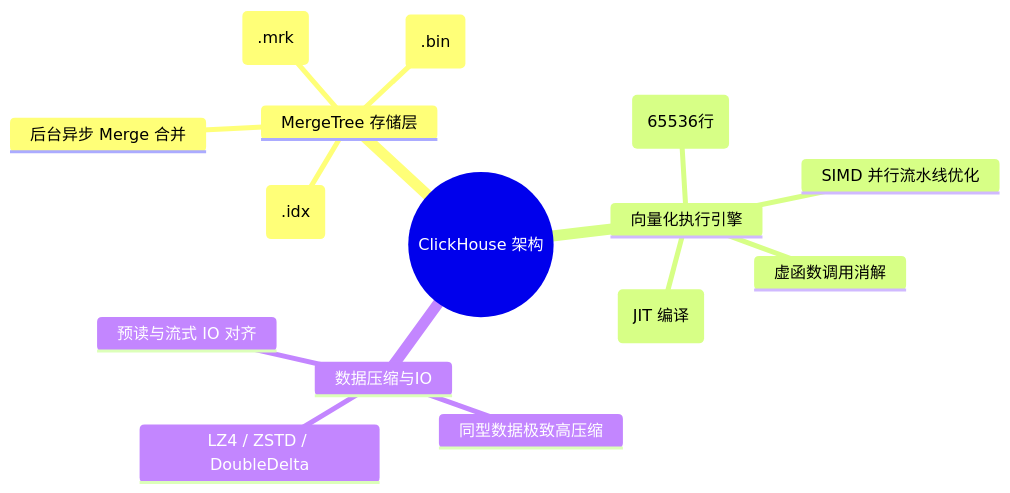
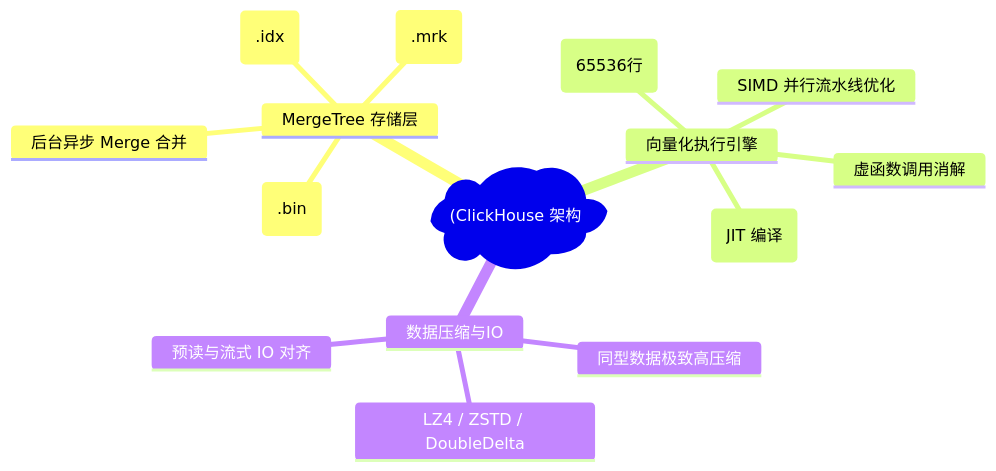
One commit to koosai/AI-Architect-Learning changed the second of 7 diagrams in docs/atlas/clickhouse.mdx. Above: the diagram before and after it, drawn with Mermaid. The commit also changed other lines of this file and 187 other files, not shown here.

Commit message:
fix(mermaid): fix all unquoted parens and edge label syntax errors across all docs

````diff
--- a/docs/atlas/clickhouse.mdx
+++ b/docs/atlas/clickhouse.mdx
@@ -80,18 +80,18 @@
 ```mermaid
 mindmap
-  root((ClickHouse 架构))
+  root("(ClickHouse 架构"))
     MergeTree 存储层
       列存物理文件 (.bin)
       稀疏主键索引 (.idx)
       定位标记文件 (.mrk)
       后台异步 Merge 合并
     向量化执行引擎
       Block 数据传输块 (65536行)
       SIMD 并行流水线优化
       虚函数调用消解
       动态代码生成 (JIT 编译)
     数据压缩与IO
       同型数据极致高压缩
       LZ4 / ZSTD / DoubleDelta
       预读与流式 IO 对齐
 ```
````
